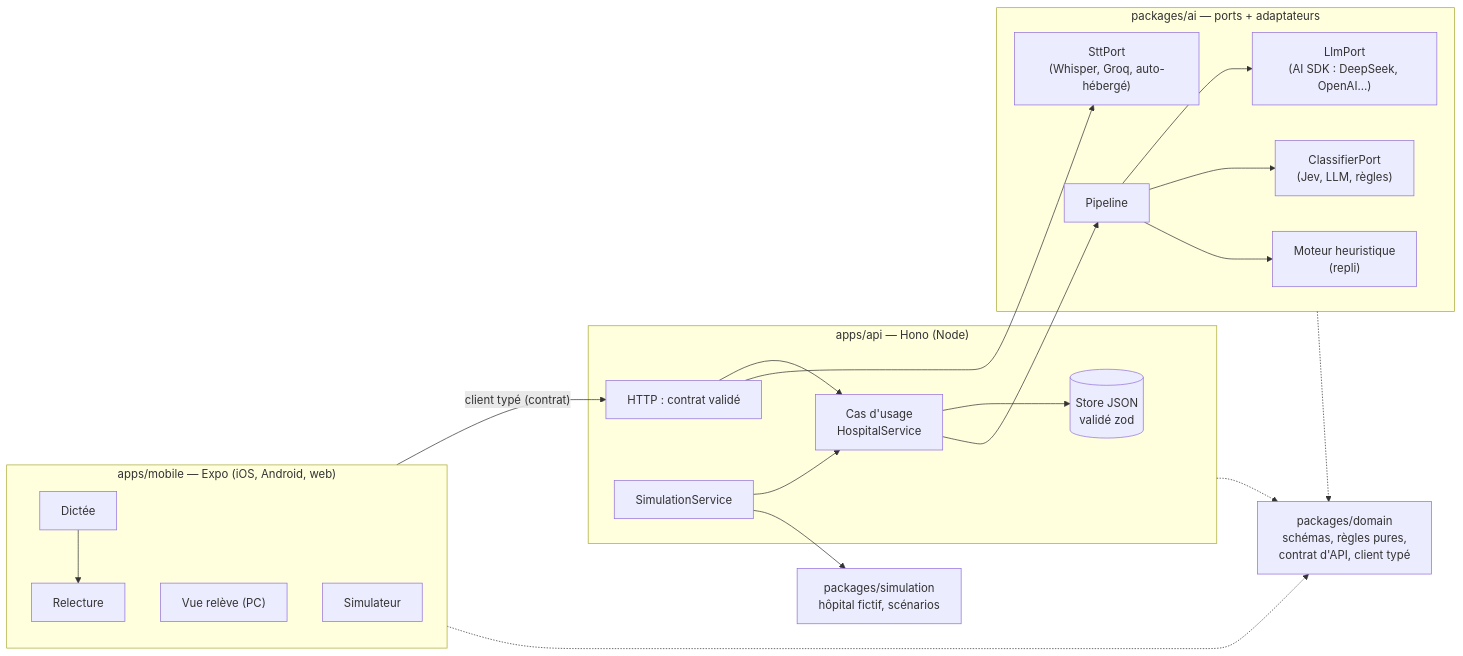
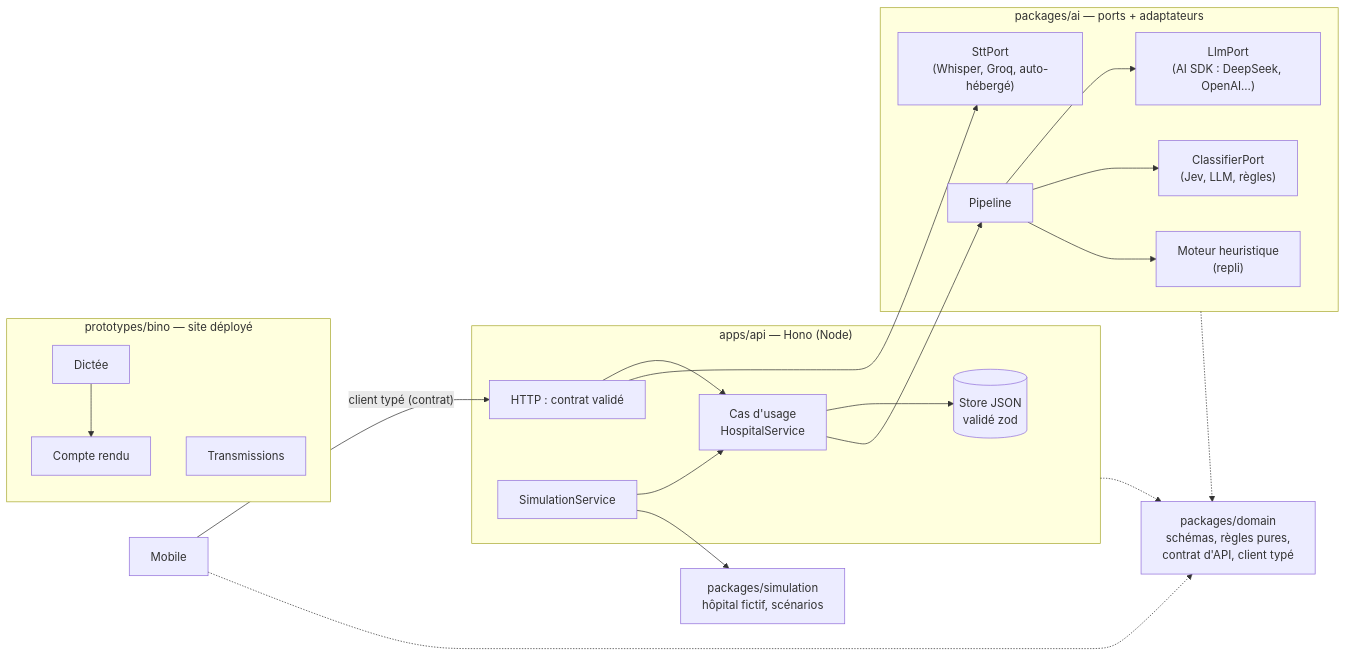
One commit to Infirmier-Augmente/bino changed the first of 2 diagrams in docs/ARCHITECTURE.md. Above: the diagram before and after it, drawn with Mermaid. The commit also changed other lines of this file and 108 other files, not shown here.

````diff
--- a/docs/ARCHITECTURE.md
+++ b/docs/ARCHITECTURE.md
@@ -5,28 +5,27 @@
 ```mermaid
 flowchart LR
-  subgraph Mobile["apps/mobile — Expo (iOS, Android, web)"]
-    D["Dictée"] --> R["Relecture"]
-    V["Vue relève (PC)"]
-    S["Simulateur"]
+  subgraph Site["prototypes/bino — site déployé"]
+    D["Dictée"] --> R["Compte rendu"]
+    V["Transmissions"]
   end
   subgraph API["apps/api — Hono (Node)"]
     H["HTTP : contrat validé"] --> UC["Cas d'usage\nHospitalService"]
     UC --> ST[("Store JSON\nvalidé zod")]
     SIM["SimulationService"] --> UC
   end
   subgraph AI["packages/ai — ports + adaptateurs"]
     P["Pipeline"] --> LLM["LlmPort\n(AI SDK : DeepSeek, OpenAI…)"]
     P --> CL["ClassifierPort\n(Jev, LLM, règles)"]
     P --> HE["Moteur heuristique\n(repli)"]
     STT["SttPort\n(Whisper, Groq, auto-hébergé)"]
   end
   DOM["packages/domain\nschémas, règles pures,\ncontrat d'API, client typé"]
   SCN["packages/simulation\nhôpital fictif, scénarios"]
   Mobile -- "client typé (contrat)" --> H
   UC --> P
   H --> STT
   SIM --> SCN
   Mobile -.-> DOM
   API -.-> DOM
   AI -.-> DOM
 ```
````
